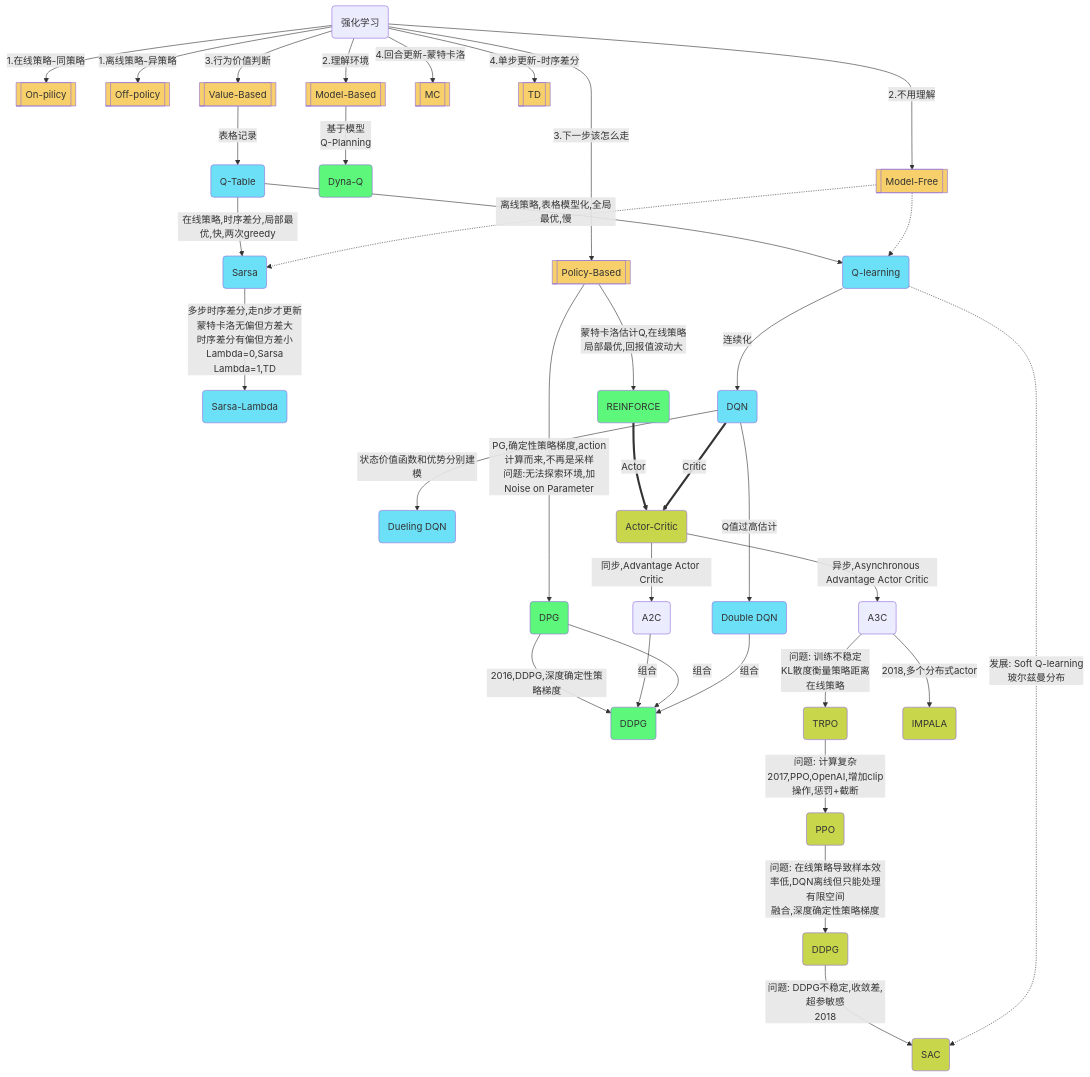
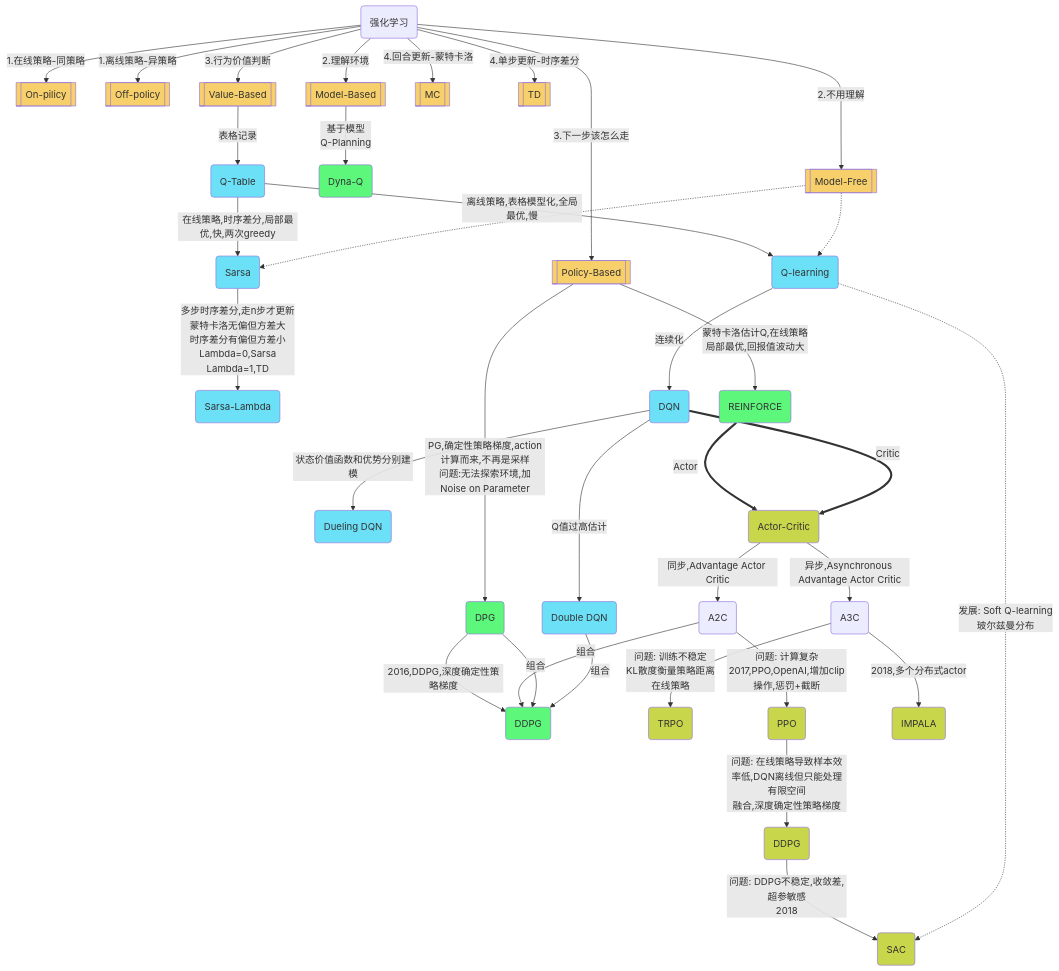
Before and after one commit to Gaohaoyang/gaohaoyang.github.io: the diagram in _posts/2020-05-14-RL.md, drawn with Mermaid. The commit also changed other lines of this file, not shown here.

```diff
--- a/_posts/2020-05-14-RL.md
+++ b/_posts/2020-05-14-RL.md
@@ -744,51 +744,51 @@
 <div class="mermaid">
     flowchart TD
     %% 节点颜色
     classDef red fill:#f02;
     classDef green fill:#5CF77B;
     classDef blue fill:#6BE0F7;
     classDef orange fill:#F7CF6B;
     classDef grass fill:#C8D64B;
     %%节点关系定义
     O(强化学习)
     O -->|1.在线策略-同策略| S[[On-pilicy]]:::orange
     O -->|1.离线策略-异策略| N[[Off-policy]]:::orange
 
     O -->|2.理解环境| MB[[Model-Based]]:::orange
     O -->|2.不用理解| MF[[Model-Free]]:::orange
     MB -->|基于模型\nQ-Planning|MB1(Dyna-Q):::green
     
     O -->|3.行为价值判断| V[[Value-Based]]:::orange
     O -->|3.下一步该怎么走| P[[Policy-Based]]:::orange
 
     O -->|4.回合更新-蒙特卡洛| MC[[MC]]:::orange
     O -->|4.单步更新-时序差分| T[[TD]]:::orange
 
     V -->|表格记录| V1(Q-Table):::blue
     V1 -->|离线策略,表格模型化,全局最优,慢| V2(Q-learning):::blue
     V1 -->|在线策略,时序差分,局部最优,快,两次greedy| V21(Sarsa):::blue
     MF -.->V2 & V21
     V21 -->|多步时序差分,走n步才更新\n蒙特卡洛无偏但方差大\n时序差分有偏但方差小\nLambda=0,Sarsa\nLambda=1,TD| V22(Sarsa-Lambda):::blue
     V2 -->|连续化| V3(DQN):::blue
     V3 -->|Q值过高估计| V31(Double DQN):::blue
     V3 -->|状态价值函数和优势分别建模| V32(Dueling DQN):::blue
 
     P -->|蒙特卡洛估计Q,在线策略\n局部最优,回报值波动大| P1(REINFORCE):::green
     P -->|PG,确定性策略梯度,action计算而来,不再是采样\n问题:无法探索环境,加Noise on Parameter| P2(DPG):::green
     P2 -->|2016,DDPG,深度确定性策略梯度| P3(DDPG):::green
 
     P1 ==>|Actor| M(Actor-Critic):::grass
     V3 ==>|Critic| M
 
     M -->|同步,Advantage Actor Critic| Ma(A2C)
     M -->|异步,Asynchronous Advantage Actor Critic| Mb(A3C)
     Ma & P2 & V31 -->|组合| P3
 
     Mb -->|问题: 训练不稳定\nKL散度衡量策略距离\n在线策略|M1(TRPO):::grass
-    M1 -->|问题: 计算复杂\n2017,PPO,OpenAI,增加clip操作,惩罚+截断|M2(PPO):::grass
+    Ma -->|问题: 计算复杂\n2017,PPO,OpenAI,增加clip操作,惩罚+截断|M2(PPO):::grass
     M2 -->|问题: 在线策略导致样本效率低,DQN离线但只能处理有限空间\n融合,深度确定性策略梯度| M3(DDPG):::grass
     M3 -->|问题: DDPG不稳定,收敛差,超参敏感\n2018|M4(SAC):::grass
     Mb -->|2018,多个分布式actor|M5(IMPALA):::grass
     V2 -.->|发展: Soft Q-learning\n玻尔兹曼分布| M4
     
 </div>
```
